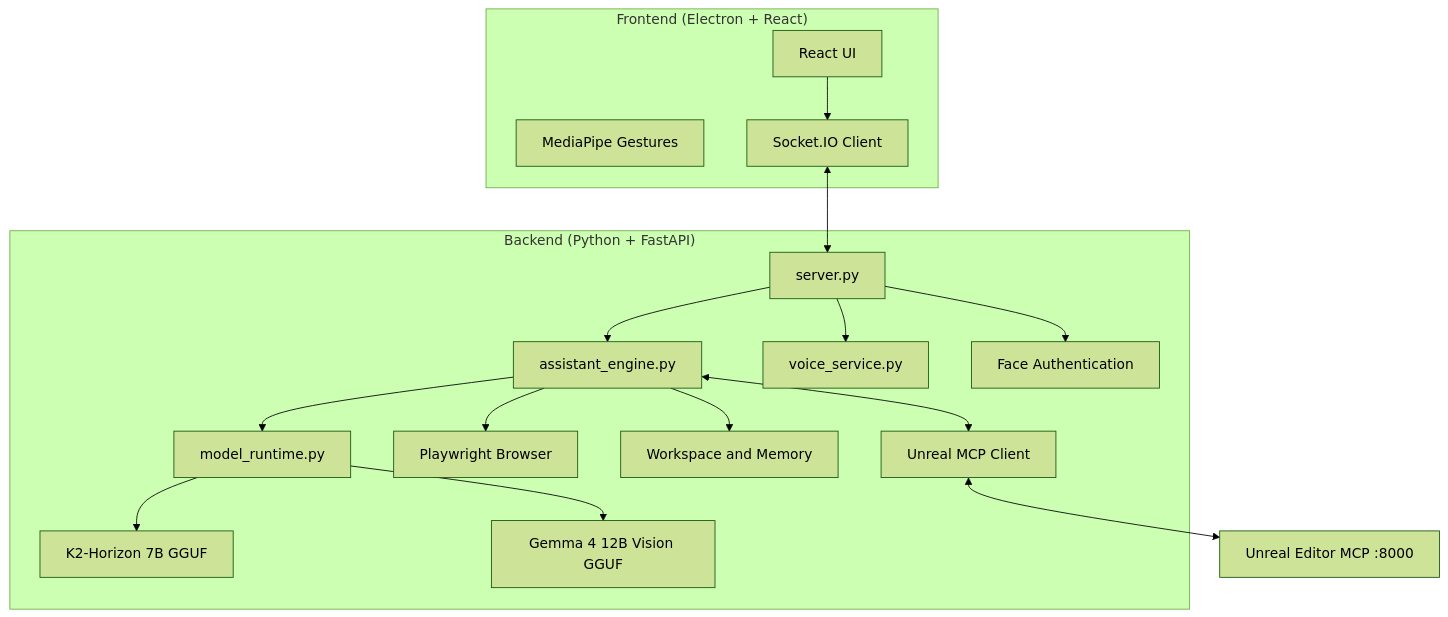
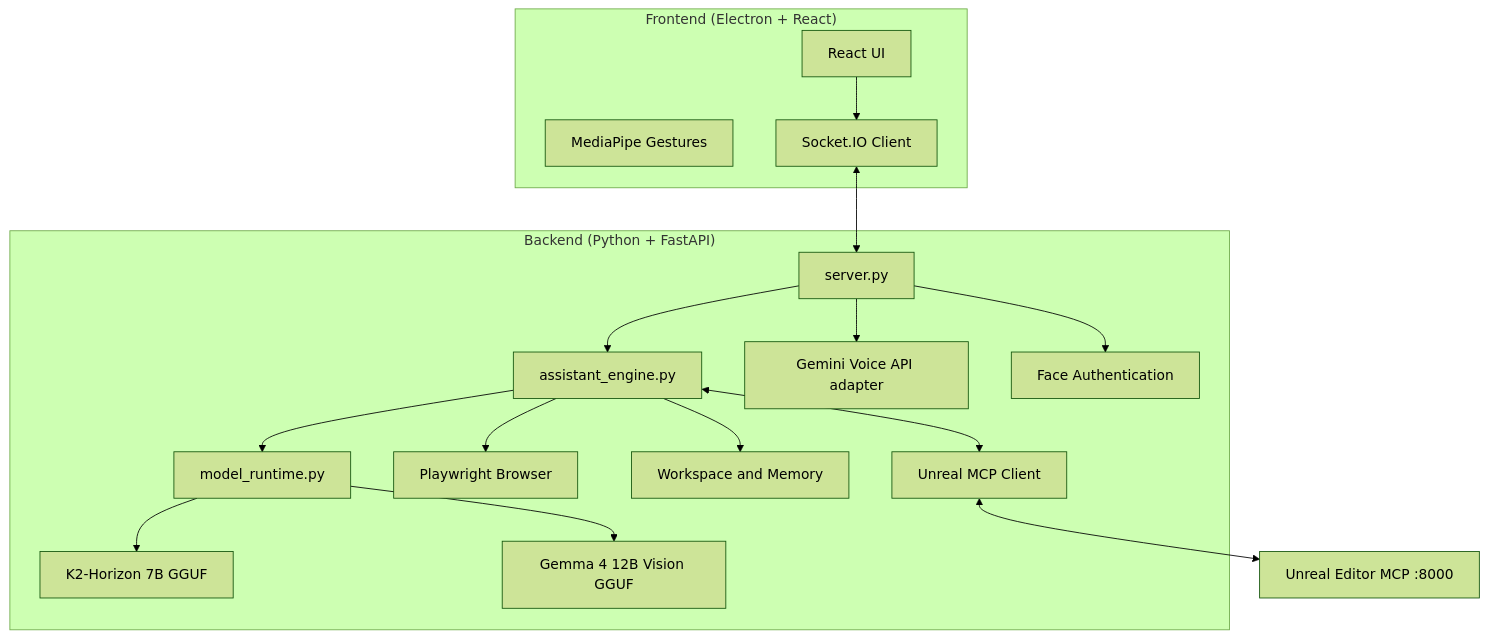
Before and after one commit to EnterraInteractive/ada_v2: the diagram in README.md, drawn with Mermaid (forest theme). The commit also changed other lines of this file, not shown here.

Commit message:
Document project-local models and Gemini API voice architecture

````diff
--- a/README.md
+++ b/README.md
@@ -44,32 +44,32 @@
 ```mermaid
 graph TB
     subgraph Frontend ["Frontend (Electron + React)"]
         UI[React UI]
         GESTURE[MediaPipe Gestures]
         SOCKET_C[Socket.IO Client]
     end
     subgraph Backend ["Backend (Python + FastAPI)"]
         SERVER[server.py]
         ENGINE[assistant_engine.py]
         RUNTIME[model_runtime.py]
-        VOICE[voice_service.py]
+        VOICE[Gemini Voice API adapter]
         K2[K2-Horizon 7B GGUF]
         GEMMA[Gemma 4 12B Vision GGUF]
         WEB[Playwright Browser]
         AUTH[Face Authentication]
         PM[Workspace and Memory]
         UMCP[Unreal MCP Client]
     end
     UI --> SOCKET_C
     SOCKET_C <--> SERVER
     SERVER --> ENGINE
     SERVER --> VOICE
     ENGINE --> RUNTIME
     RUNTIME --> K2
     RUNTIME --> GEMMA
     ENGINE --> WEB
     ENGINE --> PM
     ENGINE <--> UMCP
     UMCP <--> UE[Unreal Editor MCP :8000]
     SERVER --> AUTH
 ```
````
